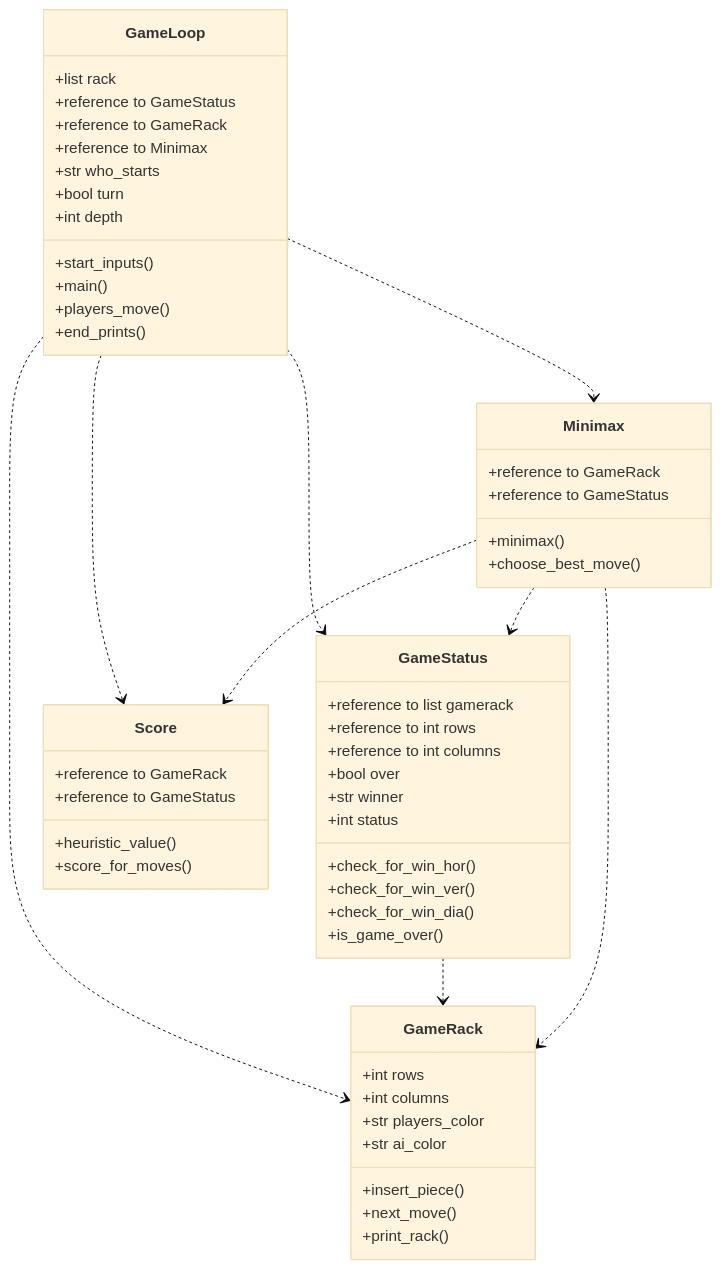
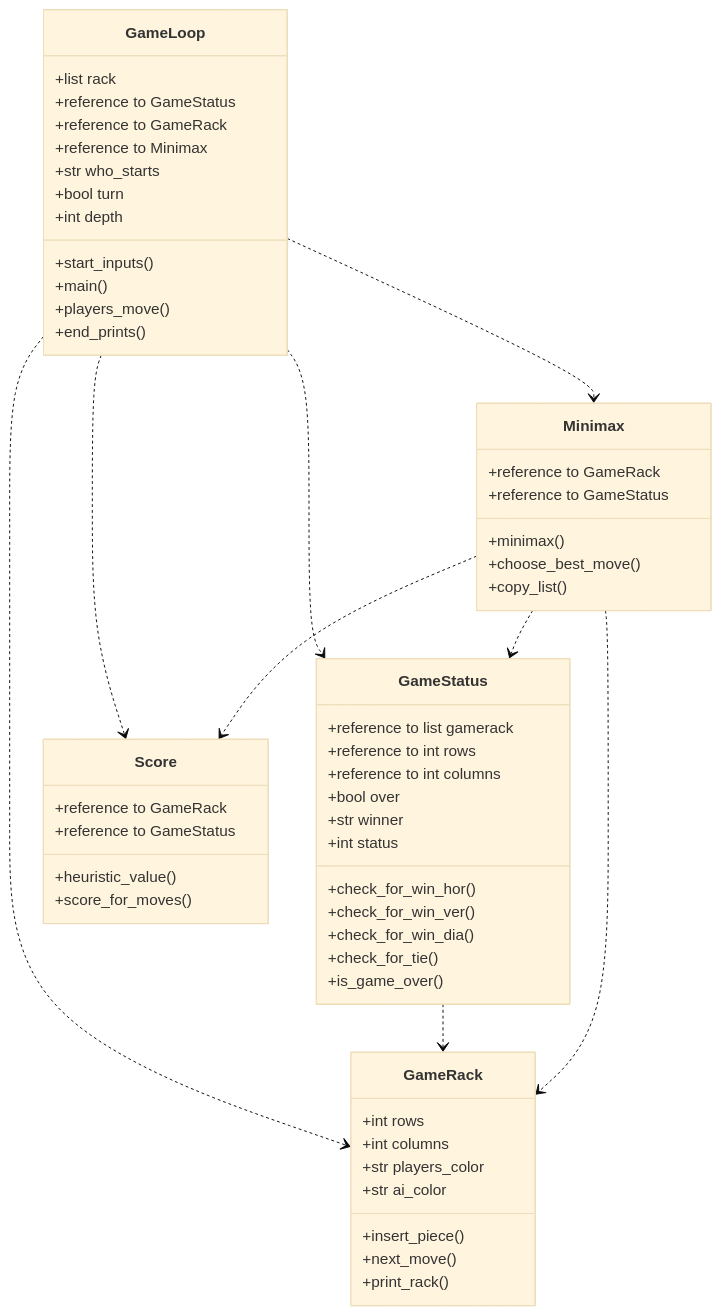
One commit to lottapispa/Connect-Four-tiralabra changed the first of 2 diagrams in documentation/implementation.md. Above: the diagram before and after it, drawn with Mermaid (base theme).

````diff
--- a/documentation/implementation.md
+++ b/documentation/implementation.md
@@ -5,57 +5,59 @@
 ```mermaid
 classDiagram
     GameLoop ..> GameStatus
     GameLoop ..> GameRack
     GameLoop ..> Minimax
     GameLoop ..> Score
     GameStatus ..> GameRack
     Minimax ..> GameStatus
     Minimax ..> GameRack
     Minimax ..> Score
     class GameLoop{
         +list rack
         +reference to GameStatus
         +reference to GameRack
         +reference to Minimax
         +str who_starts
         +bool turn
         +int depth
         +start_inputs()
         +main()
         +players_move()
         +end_prints()
     }
     class GameStatus{
         +reference to list gamerack
         +reference to int rows
         +reference to int columns
         +bool over
         +str winner
         +int status
         +check_for_win_hor()
         +check_for_win_ver()
         +check_for_win_dia()
+        +check_for_tie()
         +is_game_over()
     }
     class GameRack{
         +int rows
         +int columns
         +str players_color
         +str ai_color
         +insert_piece()
         +next_move()
         +print_rack()
     }
     class Minimax{
         +reference to GameRack
         +reference to GameStatus
         +minimax()
         +choose_best_move()
+        +copy_list()
     }
     class Score{
         +reference to GameRack
         +reference to GameStatus
         +heuristic_value()
         +score_for_moves()
     }
 ```
````
